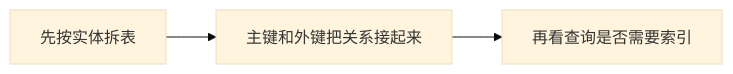
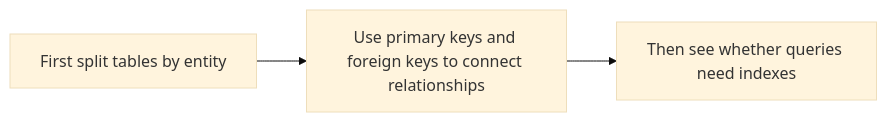
The first of 4 diagrams in docs/ch03-data-analysis/ch05-database/04-db-design.md (oudbiao/AI-fullstack-course), drawn with Mermaid (base theme) before and after one commit. The commit also changed other lines of this file and 1406 other files, not shown here.

````diff
--- a/docs/ch03-data-analysis/ch05-database/04-db-design.md
+++ b/docs/ch03-data-analysis/ch05-database/04-db-design.md
@@ -37,5 +37,5 @@
 ```mermaid
 flowchart LR
-    A["先按实体拆表"] --> B["主键和外键把关系接起来"]
-    B --> C["再看查询是否需要索引"]
+    A["First split tables by entity"] --> B["Use primary keys and foreign keys to connect relationships"]
+    B --> C["Then see whether queries need indexes"]
 ```
````
